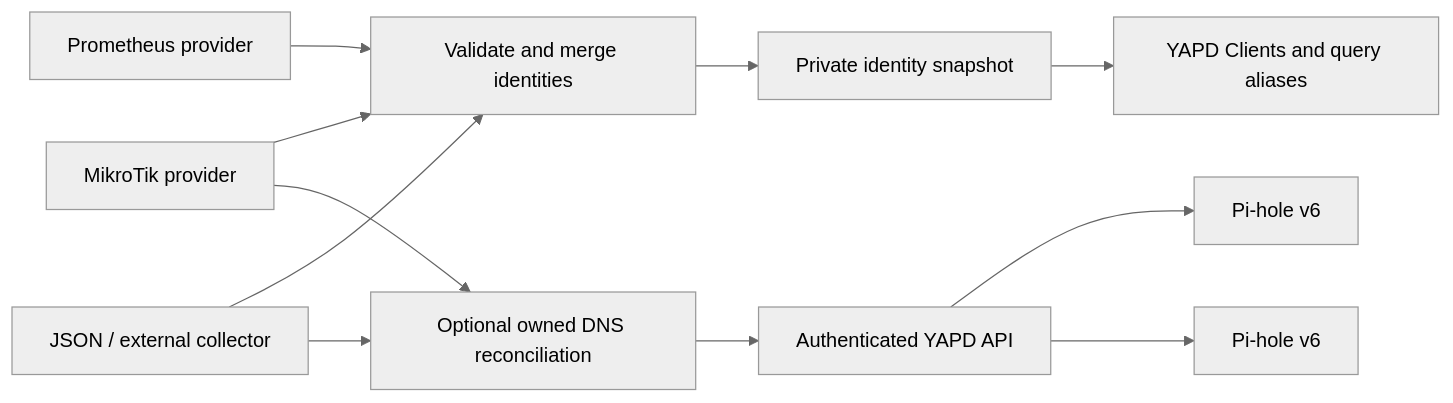
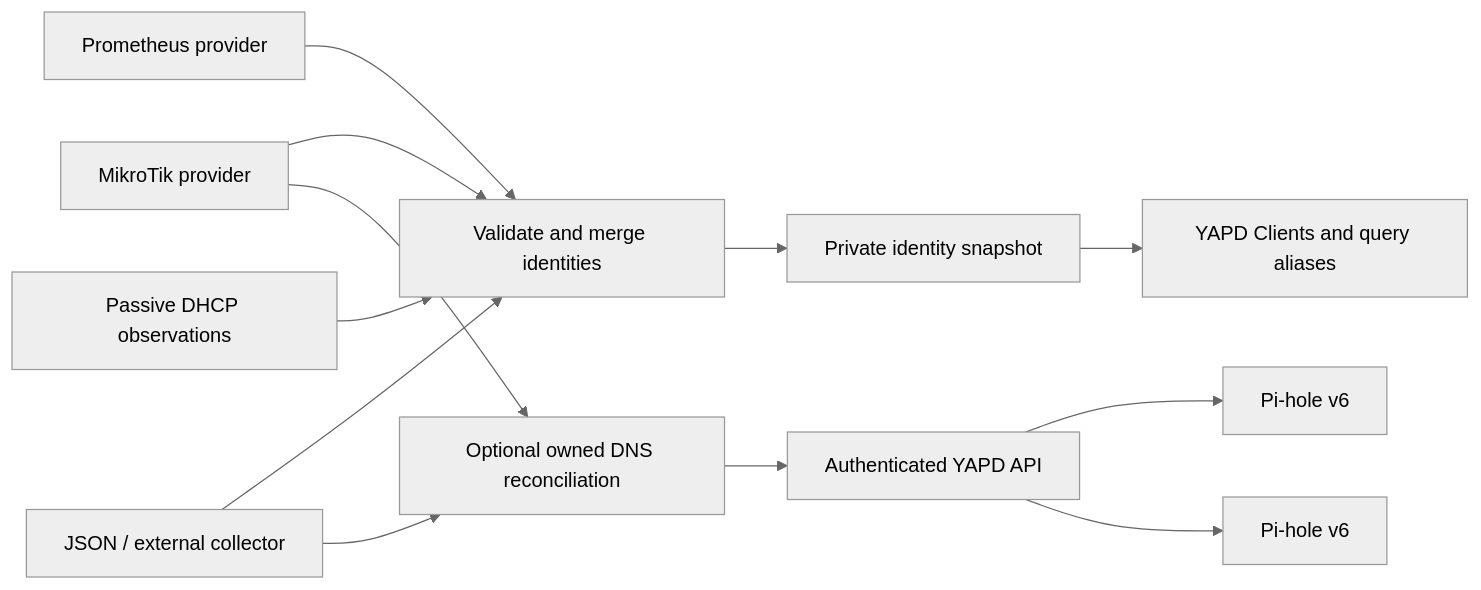
Before and after one commit to alexcf/yapd-identity-bridge: the diagram in README.md, drawn with Mermaid (neutral theme). The commit also changed other lines of this file and 33 other files, not shown here.

Commit message:
Add passive DHCP discovery and deduplicated optional refresh notifications

````diff
--- a/README.md
+++ b/README.md
@@ -23,13 +24,14 @@
 ```mermaid
 flowchart LR
   M["MikroTik provider"] --> C["Validate and merge identities"]
   P["Prometheus provider"] --> C
   J["JSON / external collector"] --> C
+  H["Passive DHCP observations"] --> C
   C --> S["Private identity snapshot"]
   S --> Y["YAPD Clients and query aliases"]
   M --> D["Optional owned DNS reconciliation"]
   J --> D
   D --> A["Authenticated YAPD API"]
   A --> P1["Pi-hole v6"]
   A --> P2["Pi-hole v6"]
 ```
````
